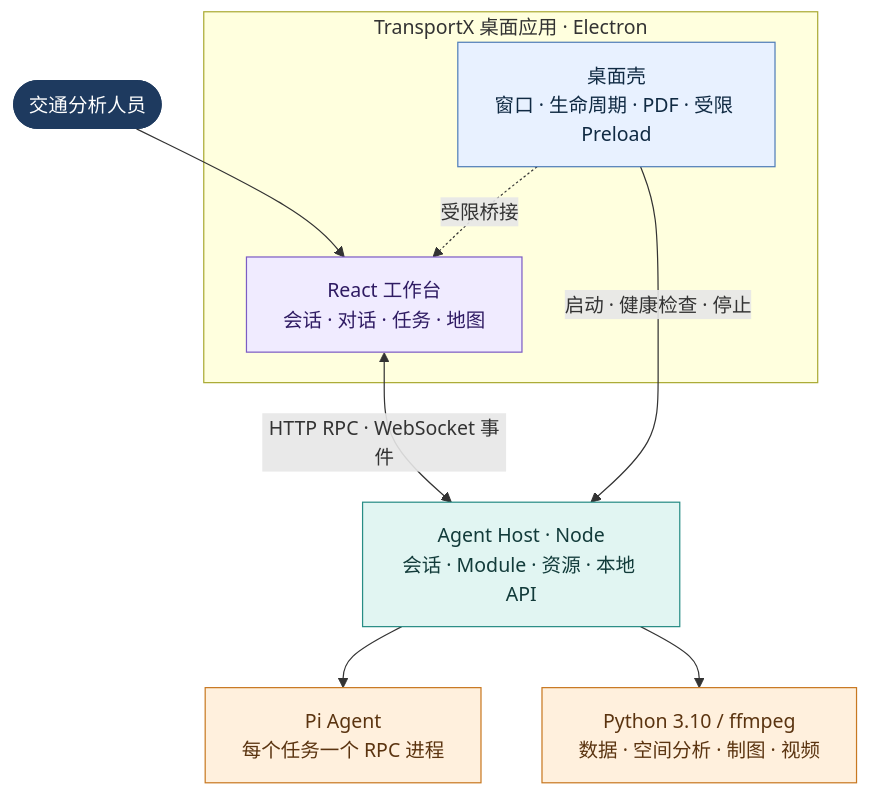
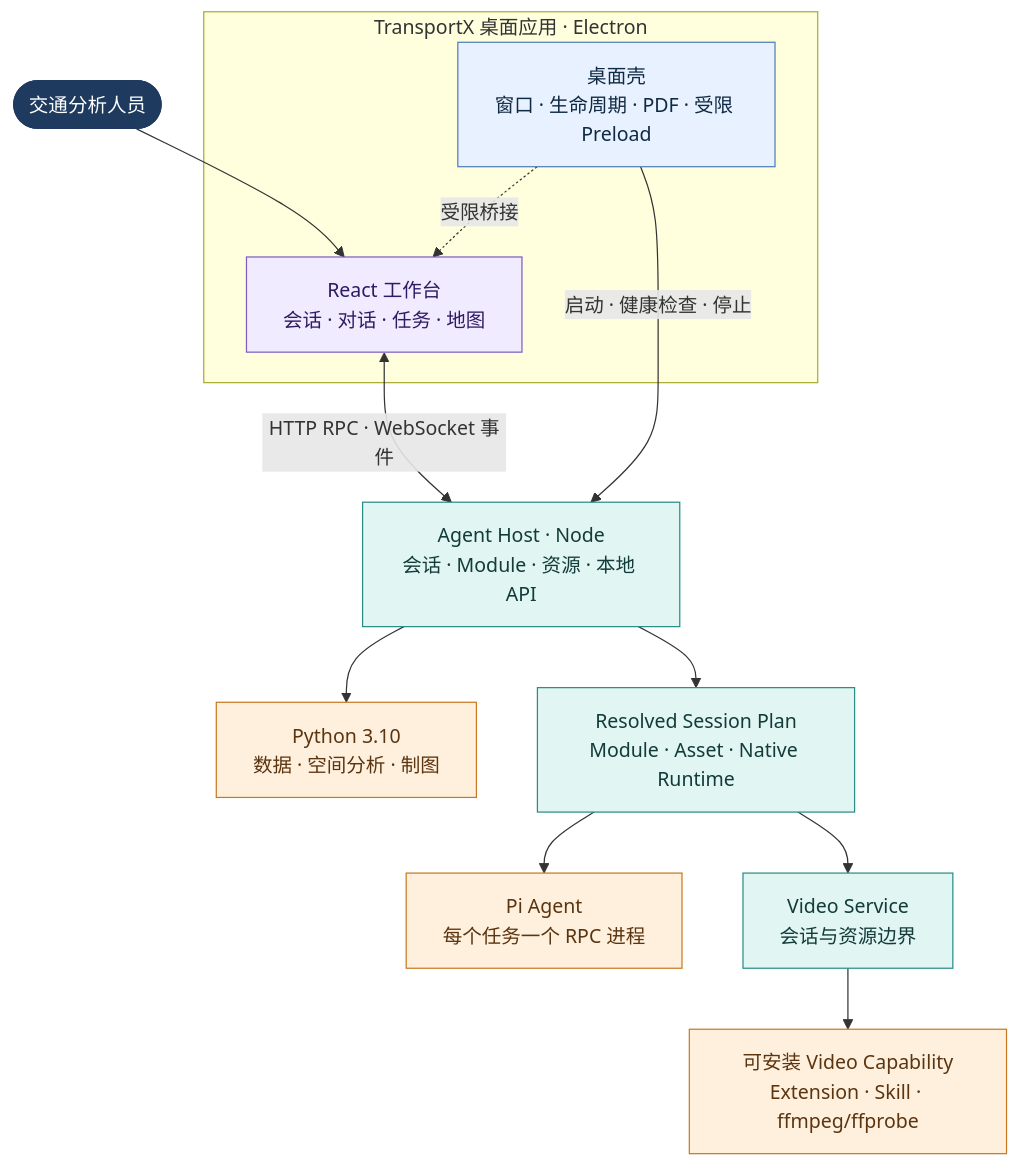
One commit to Ran2424/transportx-agent changed the diagram in docs/ARCHITECTURE.md. Above: the diagram before and after it, drawn with Mermaid. The commit also changed other lines of this file and 1 other file, not shown here.

Commit message:
docs: align README and architecture with video modules

````diff
--- a/docs/ARCHITECTURE.md
+++ b/docs/ARCHITECTURE.md
@@ -41,26 +41,29 @@
 ```mermaid
 flowchart TB
   user([交通分析人员]) --> workspace["React 工作台<br/>会话 · 对话 · 任务 · 地图"]
 
   subgraph desktop["TransportX 桌面应用 · Electron"]
     main["桌面壳<br/>窗口 · 生命周期 · PDF · 受限 Preload"]
     workspace
     main -. 受限桥接 .-> workspace
   end
 
   workspace <--> |HTTP RPC · WebSocket 事件| host["Agent Host · Node<br/>会话 · Module · 资源 · 本地 API"]
   main -->|启动 · 健康检查 · 停止| host
-  host --> pi["Pi Agent<br/>每个任务一个 RPC 进程"]
-  host --> worker["Python 3.10 / ffmpeg<br/>数据 · 空间分析 · 制图 · 视频"]
+  host --> python["Python 3.10<br/>数据 · 空间分析 · 制图"]
+  host --> plan["Resolved Session Plan<br/>Module · Asset · Native Runtime"]
+  plan --> pi["Pi Agent<br/>每个任务一个 RPC 进程"]
+  plan --> video["Video Service<br/>会话与资源边界"]
+  video --> videoModule["可安装 Video Capability<br/>Extension · Skill · ffmpeg/ffprobe"]
 
   classDef user fill:#1e3a5f,stroke:#1e3a5f,color:#fff;
   classDef desktop fill:#e8f1ff,stroke:#4f7db8,color:#102a43;
   classDef workspace fill:#f0ebff,stroke:#7c5cc4,color:#2f1b63;
   classDef platform fill:#e1f5f2,stroke:#278c85,color:#123b3a;
   classDef runtime fill:#fff0dd,stroke:#c87821,color:#5b3410;
   class user user;
   class main desktop;
   class workspace workspace;
-  class host platform;
-  class pi,worker runtime;
+  class host,plan,video platform;
+  class pi,python,videoModule runtime;
 ```
````
